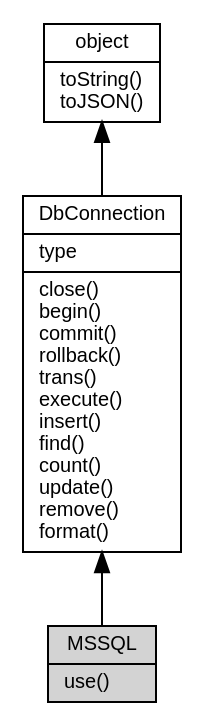
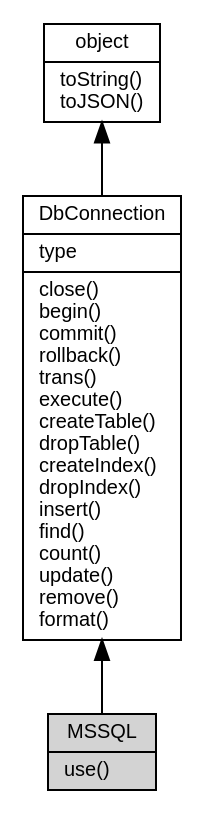
One commit to fibjs/fibjs.org changed the diagram in docs/manual/object/ifs/MSSQL.md. Above: the diagram before and after it, drawn with Graphviz. The commit also changed other lines of this file and 49 other files, not shown here.

````diff
--- a/docs/manual/object/ifs/MSSQL.md
+++ b/docs/manual/object/ifs/MSSQL.md
@@ -11,12 +11,12 @@
 ```dot
 digraph {
     node [fontname="Helvetica,sans-Serif", fontsize=10, shape="record", style="filled", fillcolor="white"];
 
     object [tooltip="object", URL="object.md", label="{object|toString()\ltoJSON()\l}"];
-    DbConnection [tooltip="DbConnection", URL="DbConnection.md", label="{DbConnection|type\l|close()\lbegin()\lcommit()\lrollback()\ltrans()\lexecute()\linsert()\lfind()\lcount()\lupdate()\lremove()\lformat()\l}"];
+    DbConnection [tooltip="DbConnection", URL="DbConnection.md", label="{DbConnection|type\l|close()\lbegin()\lcommit()\lrollback()\ltrans()\lexecute()\lcreateTable()\ldropTable()\lcreateIndex()\ldropIndex()\linsert()\lfind()\lcount()\lupdate()\lremove()\lformat()\l}"];
     MSSQL [tooltip="MSSQL", fillcolor="lightgray", id="me", label="{MSSQL|use()\l}"];
 
     object -> DbConnection [dir=back];
     DbConnection -> MSSQL [dir=back];
 }
 ```
````
